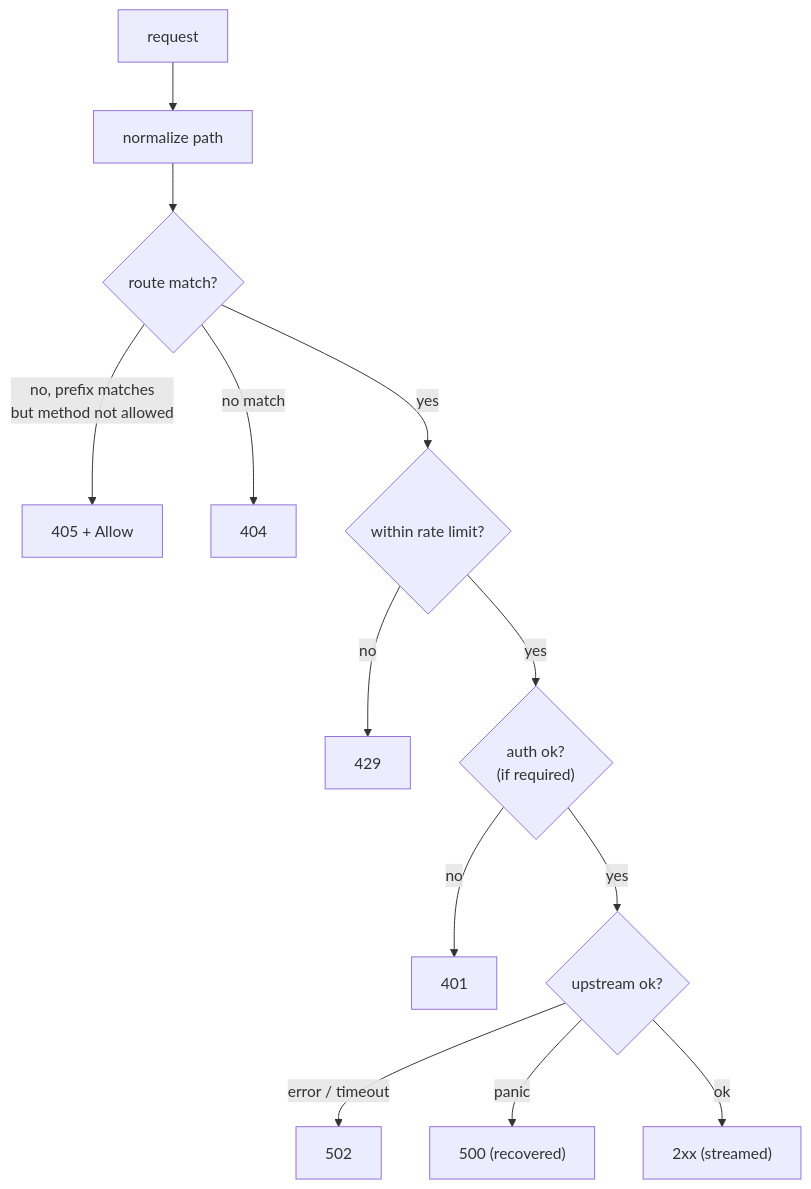
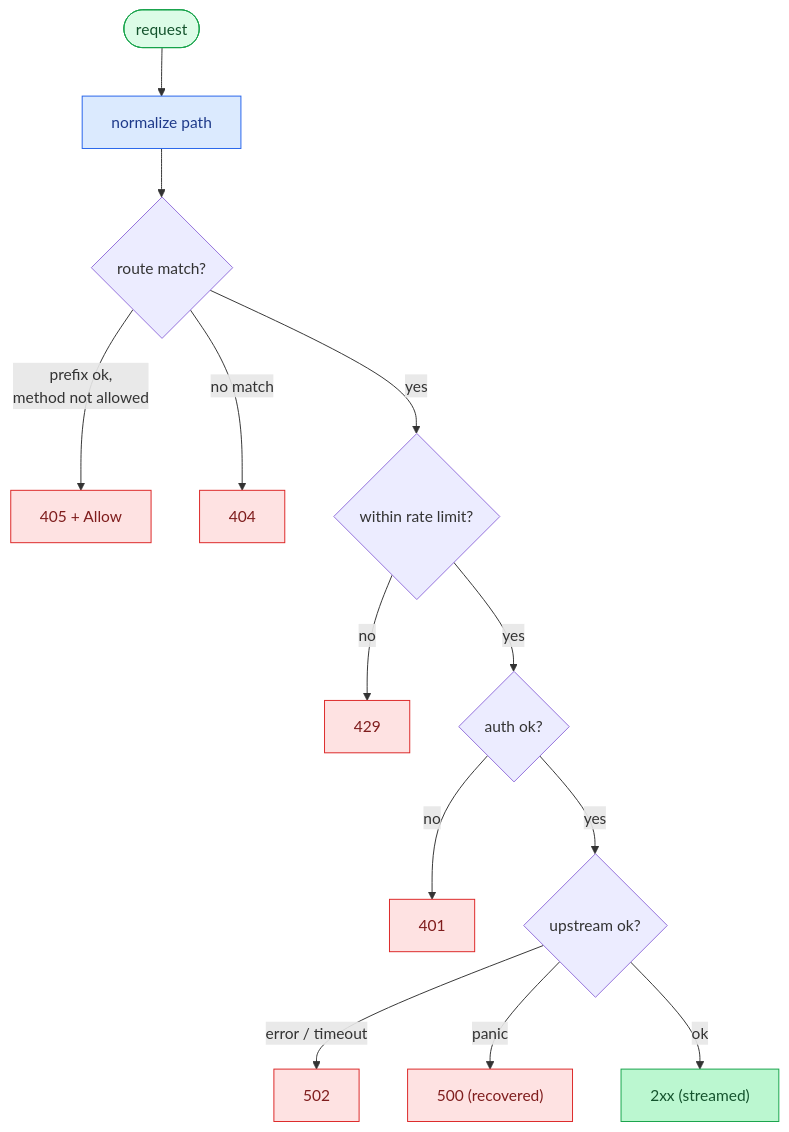
Before and after one commit to mohabnazmy/API-Gateway: diagram 13 of 15 in docs/architecture.md, drawn with Mermaid. The commit also changed other lines of this file, not shown here.

First line of the commit message:
docs: make architecture diagram-heavy and colored

````diff
--- a/docs/architecture.md
+++ b/docs/architecture.md
@@ -264,15 +409,20 @@
 ```mermaid
 flowchart TD
-    req["request"] --> norm["normalize path"]
+    req(["request"]):::client --> norm["normalize path"]:::gw
     norm --> match{"route match?"}
-    match -- "no, prefix matches<br/>but method not allowed" --> c405["405 + Allow"]
-    match -- "no match" --> c404["404"]
-    match -- "yes" --> rl{"within rate limit?"}
-    rl -- no --> c429["429"]
-    rl -- yes --> auth{"auth ok?<br/>(if required)"}
-    auth -- no --> c401["401"]
+    match -- "prefix ok,<br/>method not allowed" --> c405["405 + Allow"]:::err
+    match -- "no match" --> c404["404"]:::err
+    match -- yes --> rl{"within rate limit?"}
+    rl -- no --> c429["429"]:::err
+    rl -- yes --> auth{"auth ok?"}
+    auth -- no --> c401["401"]:::err
     auth -- yes --> up{"upstream ok?"}
-    up -- "error / timeout" --> c502["502"]
-    up -- panic --> c500["500 (recovered)"]
-    up -- ok --> c200["2xx (streamed)"]
+    up -- "error / timeout" --> c502["502"]:::err
+    up -- panic --> c500["500 (recovered)"]:::err
+    up -- ok --> c200["2xx (streamed)"]:::ok
+
+    classDef client fill:#dcfce7,stroke:#16a34a,color:#14532d;
+    classDef gw fill:#dbeafe,stroke:#2563eb,color:#1e3a8a;
+    classDef ok fill:#bbf7d0,stroke:#16a34a,color:#14532d;
+    classDef err fill:#fee2e2,stroke:#dc2626,color:#7f1d1d;
 ```
````
